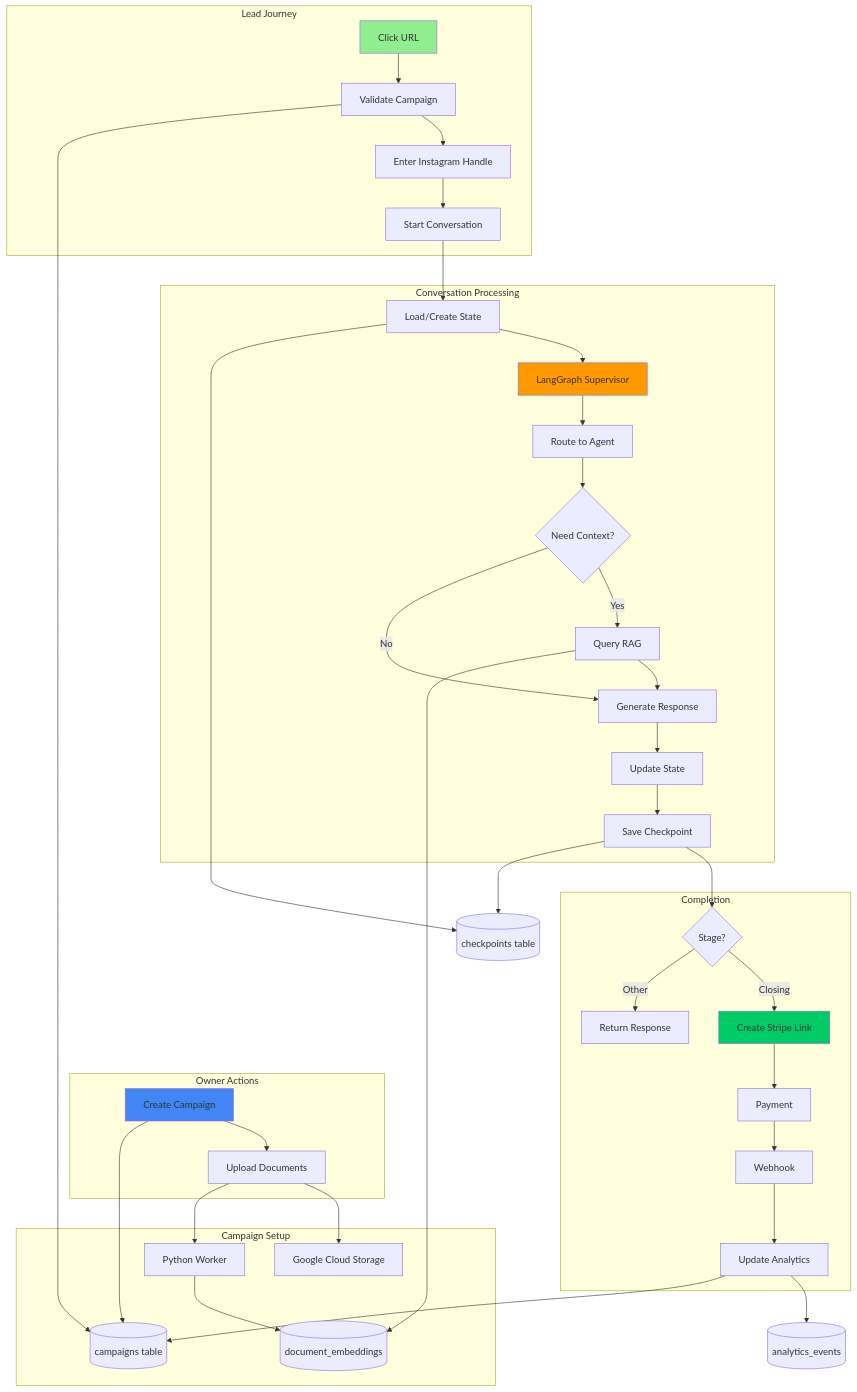
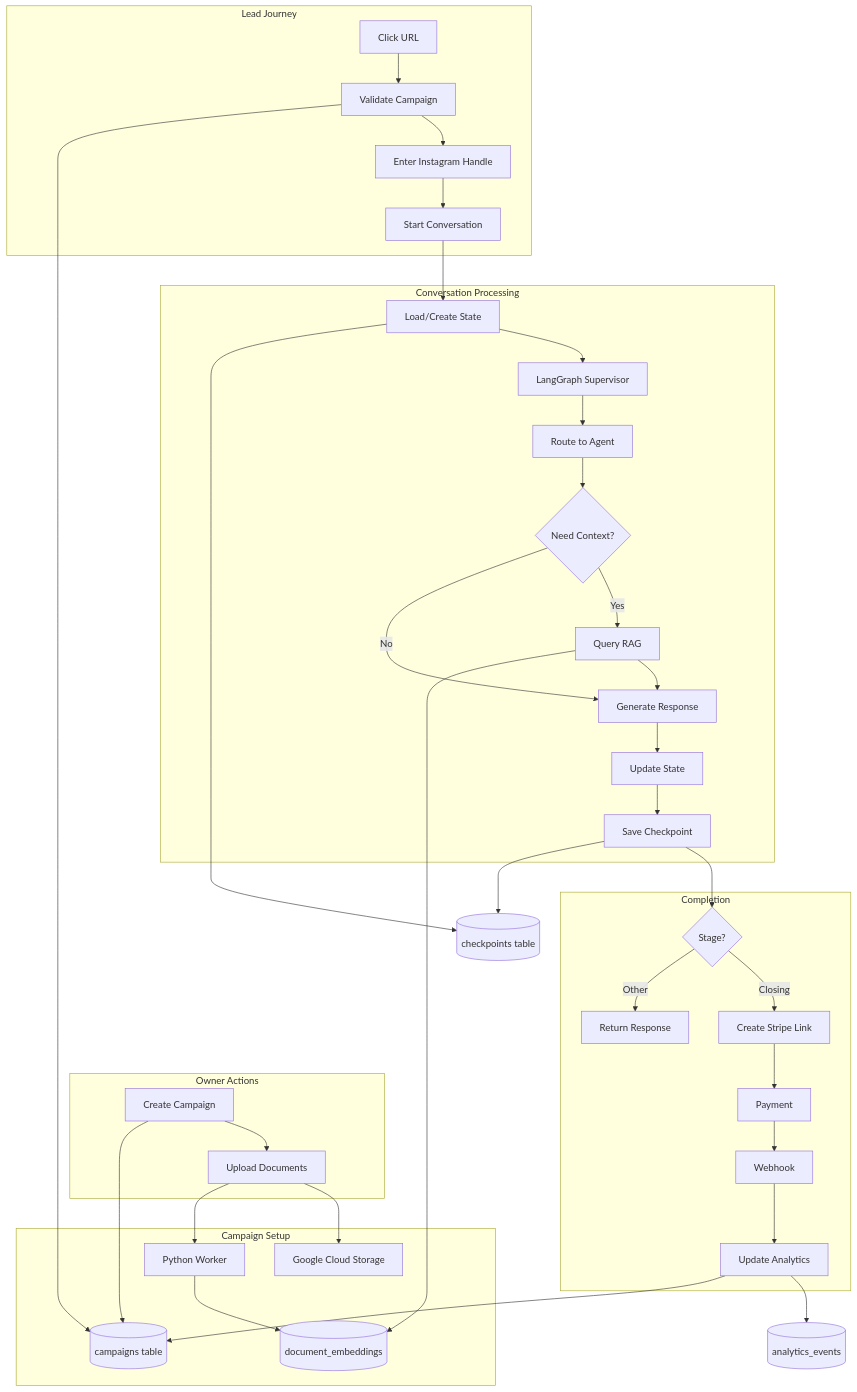
Before and after one commit to blockvoltcr7/langgraph-supervisors: diagram 23 of 23 in limitlessos/ARCHITECTURE_DIAGRAMS.md, drawn with Mermaid. The commit also changed other lines of this file and 17 other files, not shown here.

````diff
--- a/limitlessos/ARCHITECTURE_DIAGRAMS.md
+++ b/limitlessos/ARCHITECTURE_DIAGRAMS.md
@@ -1034,52 +962,47 @@
 ```mermaid
 graph TB
     subgraph "Owner Actions"
         A1[Create Campaign] --> A2[Upload Documents]
     end
     
     subgraph "Campaign Setup"
         A1 --> B1[(campaigns table)]
         A2 --> B2[Google Cloud Storage]
         A2 --> B3[Python Worker]
         B3 --> B4[(document_embeddings)]
     end
     
     subgraph "Lead Journey"
         C1[Click URL] --> C2[Validate Campaign]
         C2 --> C3[Enter Instagram Handle]
         C3 --> C4[Start Conversation]
     end
     
     subgraph "Conversation Processing"
         C4 --> D1[Load/Create State]
         D1 --> D2[LangGraph Supervisor]
         D2 --> D3[Route to Agent]
         D3 --> D4{Need Context?}
         D4 -->|Yes| D5[Query RAG]
         D4 -->|No| D6[Generate Response]
         D5 --> D6
         D6 --> D7[Update State]
         D7 --> D8[Save Checkpoint]
     end
     
     subgraph "Completion"
         D8 --> E1{Stage?}
         E1 -->|Closing| E2[Create Stripe Link]
         E1 -->|Other| E3[Return Response]
         E2 --> E4[Payment]
         E4 --> E5[Webhook]
         E5 --> E6[Update Analytics]
     end
     
     C2 --> B1
     D1 --> F1[(checkpoints table)]
     D5 --> B4
     D8 --> F1
     E6 --> F2[(analytics_events)]
     E6 --> B1
-    
-    style A1 fill:#4285F4
-    style C1 fill:#90EE90
-    style D2 fill:#FF9900
-    style E2 fill:#00CC66
 ```
````
